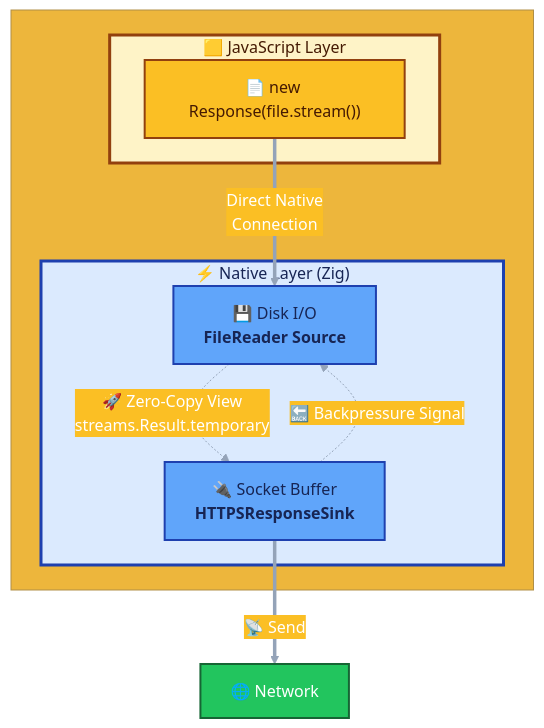
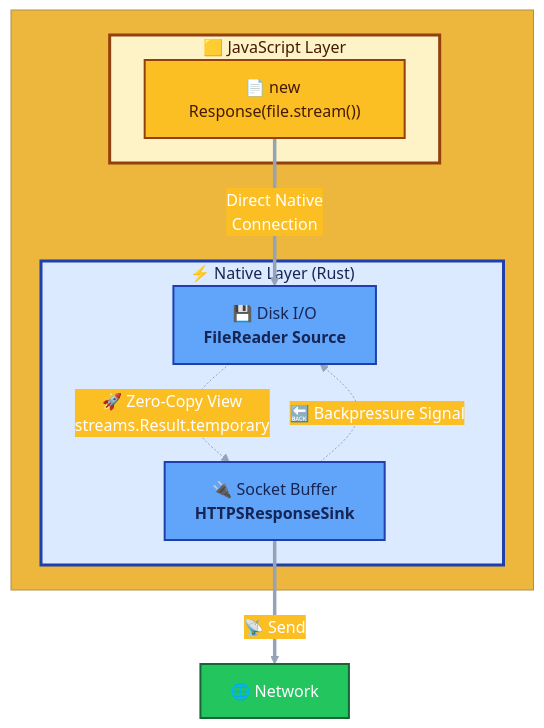
The third of 5 diagrams in src/jsc/STREAMS.md (liooil/poly), drawn with Mermaid before and after one commit. The commit also changed other lines of this file and 1416 other files, not shown here.

````diff
--- a/src/jsc/STREAMS.md
+++ b/src/jsc/STREAMS.md
@@ -176,28 +177,28 @@
 ```mermaid
 %%{init: {'theme':'base', 'themeVariables': {'primaryColor':'#2563eb','primaryTextColor':'#fff','primaryBorderColor':'#3b82f6','lineColor':'#94a3b8','secondaryColor':'#fbbf24','background':'#f8fafc','mainBkg':'#ffffff','secondBkg':'#f1f5f9'}}}%%
 graph TD
     subgraph " "
         subgraph js["🟨 JavaScript Layer"]
             C["📄 new Response(file.stream())"]
         end
-        subgraph native["⚡ Native Layer (Zig)"]
+        subgraph native["⚡ Native Layer (Rust)"]
             A["💾 Disk I/O<br><b>FileReader Source</b>"]
             B["🔌 Socket Buffer<br><b>HTTPSResponseSink</b>"]
             A -."🚀 Zero-Copy View<br>streams.Result.temporary".-> B
             B -."🔙 Backpressure Signal".-> A
         end
     end
     B ==>|"📡 Send"|D["🌐 Network"]
     C ==>|"Direct Native<br>Connection"|A
 
     style js fill:#fef3c7,stroke:#92400e,stroke-width:3px,color:#451a03
     style native fill:#dbeafe,stroke:#1e40af,stroke-width:3px,color:#172554
     style A fill:#60a5fa,stroke:#1e40af,stroke-width:2px,color:#172554
     style B fill:#60a5fa,stroke:#1e40af,stroke-width:2px,color:#172554
     style C fill:#fbbf24,stroke:#92400e,stroke-width:2px,color:#451a03
     style D fill:#22c55e,stroke:#166534,stroke-width:2px,color:#ffffff
 
     classDef jsClass fill:#fef3c7,stroke:#f59e0b,stroke-width:2px
     classDef nativeClass fill:#dbeafe,stroke:#3b82f6,stroke-width:2px
     classDef networkClass fill:#d1fae5,stroke:#10b981,stroke-width:2px
 ```
````
